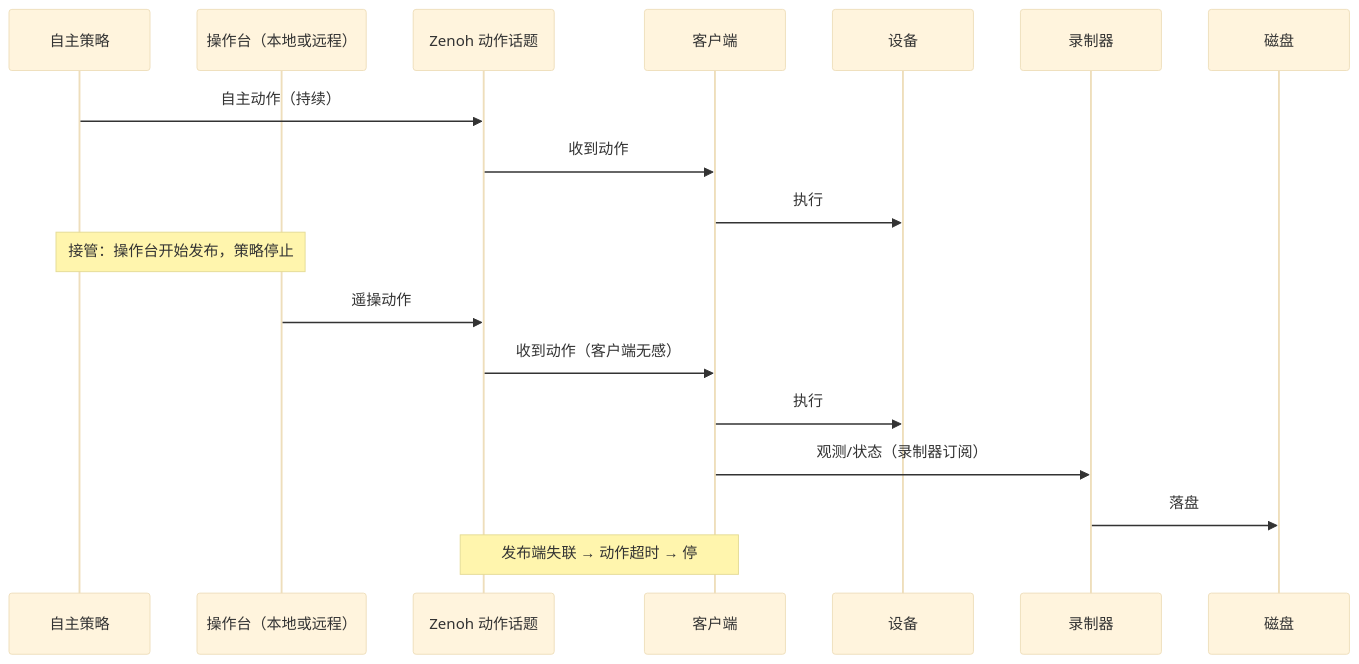
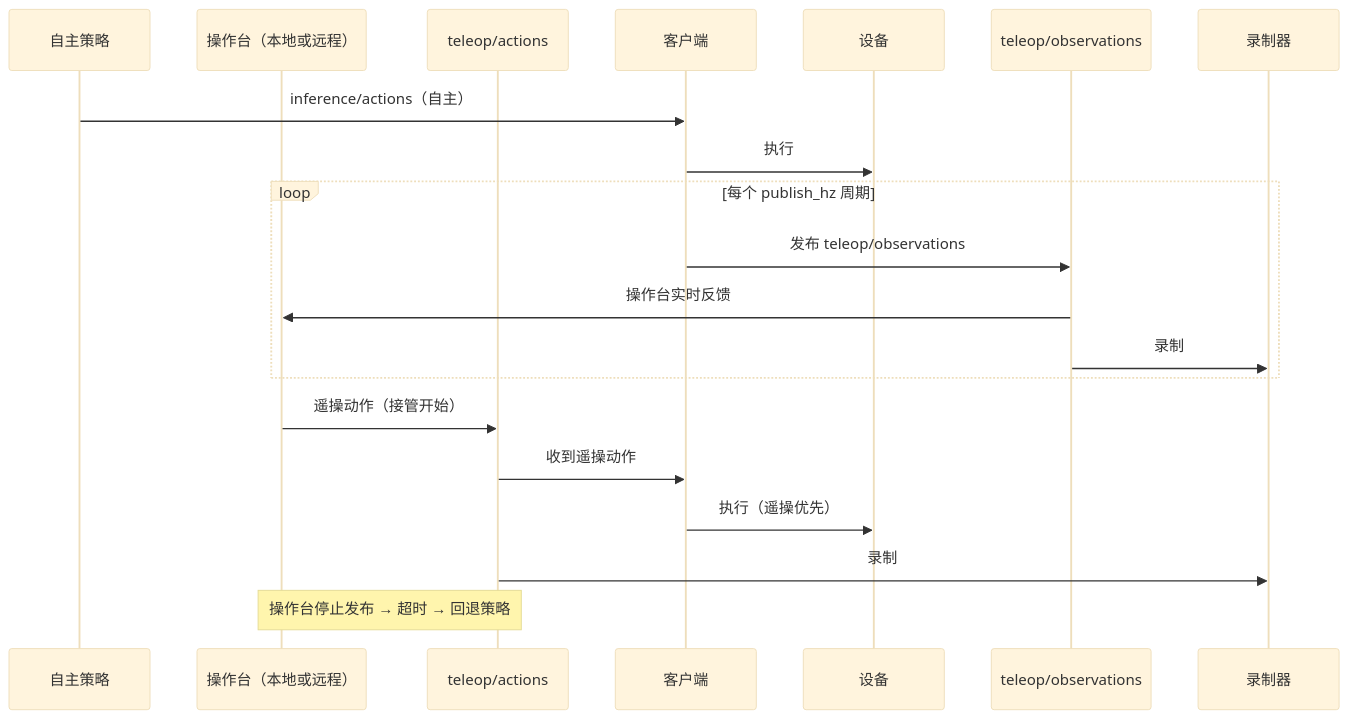
Before and after one commit to vincentguiling/cloudrobo-sdk-client: the diagram in docs/design/r2c-teleop-data-collection-design.md, drawn with Mermaid (base theme). The commit also changed other lines of this file, not shown here.

Commit message:
docs(design): 遥操与数采 v0.4——teleop 动作/观测独立话题，采集录 teleop/actions+teleop/observations

````diff
--- a/docs/design/r2c-teleop-data-collection-design.md
+++ b/docs/design/r2c-teleop-data-collection-design.md
@@ -120,21 +123,23 @@
 ```mermaid
 sequenceDiagram
     participant P as 自主策略
     participant O as 操作台（本地或远程）
-    participant Z as Zenoh 动作话题
+    participant ZA as teleop/actions
     participant C as 客户端
     participant F as 设备
+    participant ZO as teleop/observations
     participant R as 录制器
-    participant D as 磁盘
 
-    P->>Z: 自主动作（持续）
-    Z->>C: 收到动作
+    P->>C: inference/actions（自主）
     C->>F: 执行
-    Note over P,O: 接管：操作台开始发布，策略停止
-    O->>Z: 遥操动作
-    Z->>C: 收到动作（客户端无感）
-    C->>F: 执行
-    C->>R: 观测/状态（录制器订阅）
-    R->>D: 落盘
-    Note over Z,C: 发布端失联 → 动作超时 → 停
+    loop 每个 publish_hz 周期
+        C->>ZO: 发布 teleop/observations
+        ZO->>O: 操作台实时反馈
+        ZO->>R: 录制
+    end
+    O->>ZA: 遥操动作（接管开始）
+    ZA->>C: 收到遥操动作
+    C->>F: 执行（遥操优先）
+    ZA->>R: 录制
+    Note over O,ZA: 操作台停止发布 → 超时 → 回退策略
 ```
````
